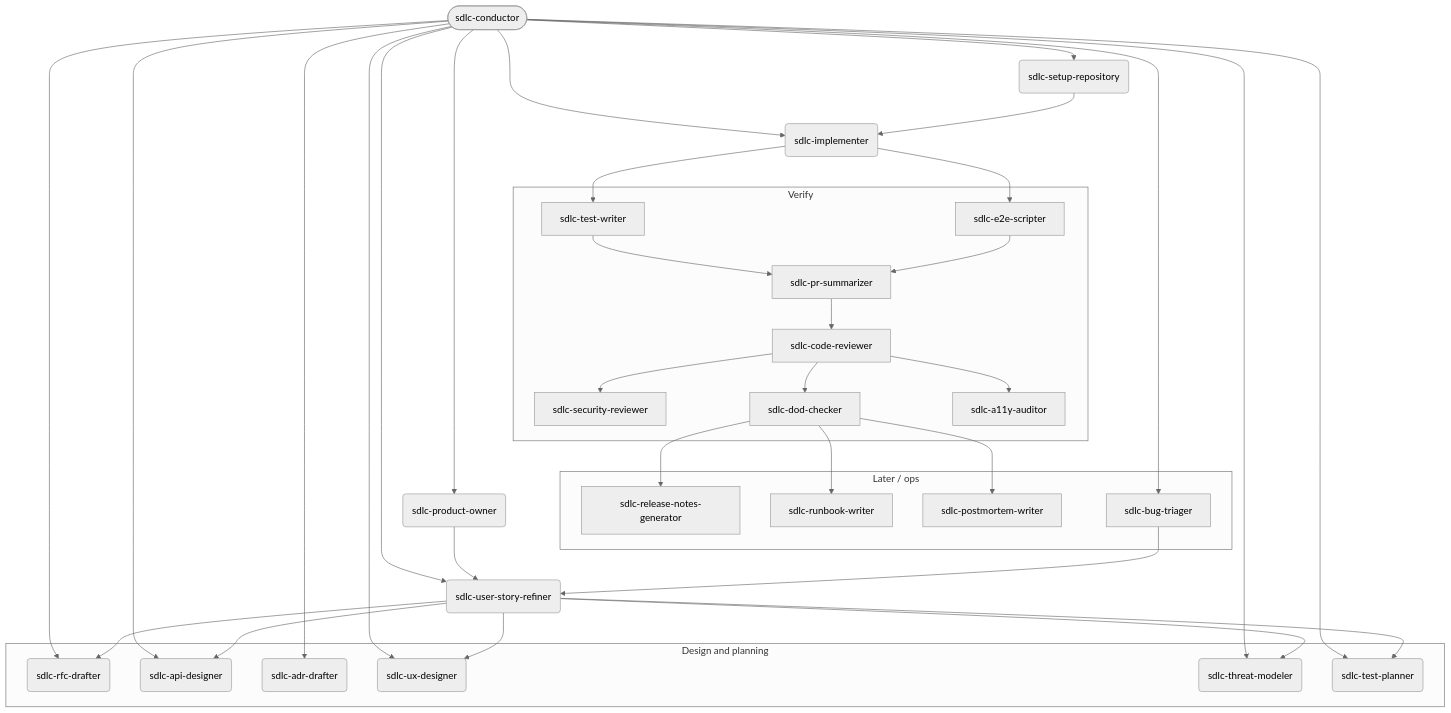
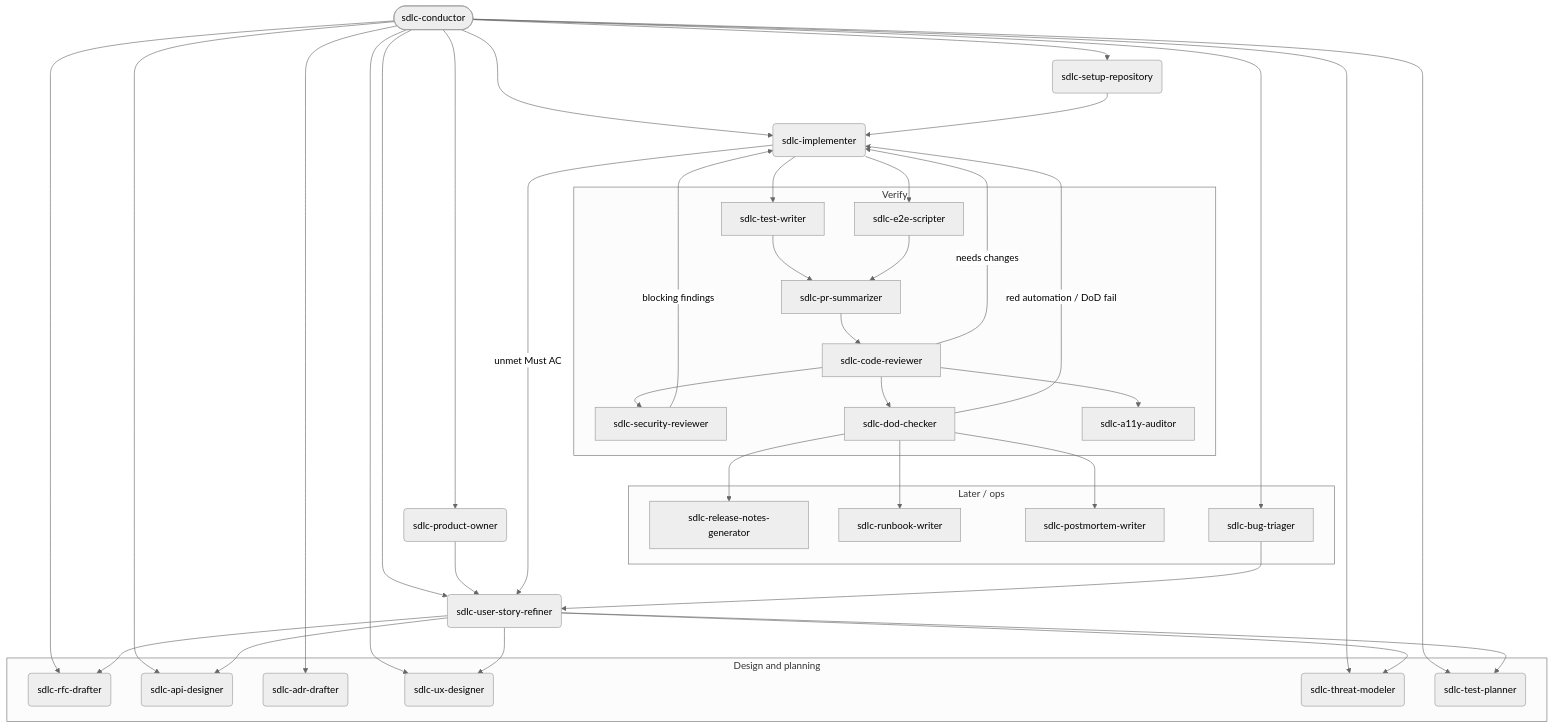
The diagram in mcp-server/data/templates/lifecycle_pipeline.md (mjbvilhena/ai-sdlc-harness), drawn with Mermaid (neutral theme) before and after one commit. The commit also changed other lines of this file and 6 other files, not shown here.

First line of the commit message:
docs: draw skill re-entry loops and cap them at three

````diff
--- a/mcp-server/data/templates/lifecycle_pipeline.md
+++ b/mcp-server/data/templates/lifecycle_pipeline.md
@@ -27,74 +27,80 @@
 ```mermaid
 flowchart TD
     %% Parent Node
     Conductor([sdlc-conductor])
 
     PO(sdlc-product-owner)
     Refiner(sdlc-user-story-refiner)
 
     subgraph DesignPlanning["Design and planning"]
         RFC(sdlc-rfc-drafter)
         API(sdlc-api-designer)
         ADR(sdlc-adr-drafter)
         UX(sdlc-ux-designer)
         Threat(sdlc-threat-modeler)
         TestPlanner(sdlc-test-planner)
     end
 
     Setup(sdlc-setup-repository)
     Implementer(sdlc-implementer)
 
     subgraph Verify["Verify"]
         TestWriter[sdlc-test-writer]
         E2E[sdlc-e2e-scripter]
         PRSum[sdlc-pr-summarizer]
         CodeReviewer[sdlc-code-reviewer]
         SecReview[sdlc-security-reviewer]
         DoD[sdlc-dod-checker]
         A11y[sdlc-a11y-auditor]
     end
 
     subgraph LaterOps["Later / ops"]
         Release[sdlc-release-notes-generator]
         Runbook[sdlc-runbook-writer]
         Postmortem[sdlc-postmortem-writer]
         Triage[sdlc-bug-triager]
     end
 
     %% Hierarchy / Execution flow
     Conductor --> PO
     Conductor --> Refiner
     Conductor --> RFC
     Conductor --> API
     Conductor --> ADR
     Conductor --> UX
     Conductor --> Threat
     Conductor --> TestPlanner
     Conductor --> Setup
     Conductor --> Implementer
 
     PO --> Refiner
     Refiner --> RFC
     Refiner --> API
     Refiner --> UX
     Refiner --> Threat
     Refiner --> TestPlanner
 
     Setup --> Implementer
     Implementer --> TestWriter
     Implementer --> E2E
     TestWriter --> PRSum
     E2E --> PRSum
     PRSum --> CodeReviewer
     CodeReviewer --> SecReview
     CodeReviewer --> DoD
     CodeReviewer --> A11y
 
     DoD --> Release
     DoD --> Runbook
     DoD --> Postmortem
 
+    %% Re-entry loops — max 3 for the same slice, then escalate to the human
+    DoD -->|"red automation / DoD fail"| Implementer
+    CodeReviewer -->|"needs changes"| Implementer
+    SecReview -->|"blocking findings"| Implementer
+    Implementer -->|"unmet Must AC"| Refiner
+
     %% Intake / re-entry — not the setup-to-tests happy path
     Conductor --> Triage
     Triage --> Refiner
 ```
````
